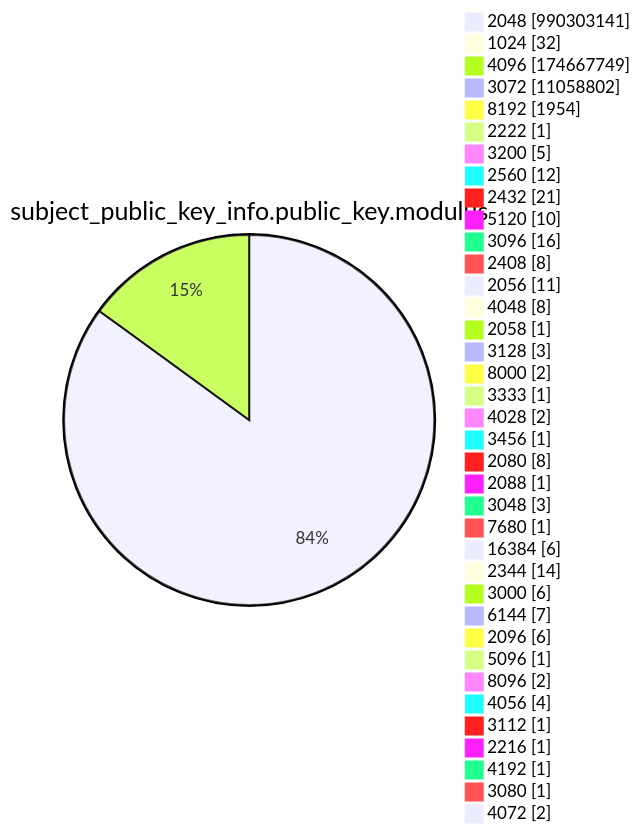
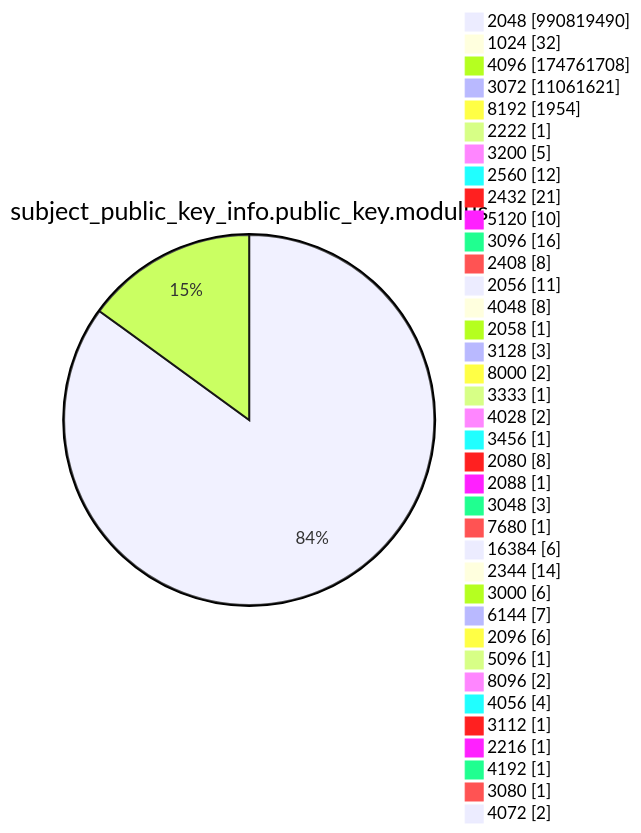
Diagram 13 of 15 in argon2022/README.md (christiankrug/ctmonitor_visualization), drawn with Mermaid before and after one commit. The commit also changed other lines of this file, not shown here.

````diff
--- a/argon2022/README.md
+++ b/argon2022/README.md
@@ -3587,41 +3587,41 @@
 ```mermaid
 pie showData
 title subject_public_key_info.public_key.modulus
-"2048" :990303141
+"2048" :990819490
 "1024" :32
-"4096" :174667749
-"3072" :11058802
+"4096" :174761708
+"3072" :11061621
 "8192" :1954
 "2222" :1
 "3200" :5
 "2560" :12
 "2432" :21
 "5120" :10
 "3096" :16
 "2408" :8
 "2056" :11
 "4048" :8
 "2058" :1
 "3128" :3
 "8000" :2
 "3333" :1
 "4028" :2
 "3456" :1
 "2080" :8
 "2088" :1
 "3048" :3
 "7680" :1
 "16384" :6
 "2344" :14
 "3000" :6
 "6144" :7
 "2096" :6
 "5096" :1
 "8096" :2
 "4056" :4
 "3112" :1
 "2216" :1
 "4192" :1
 "3080" :1
 "4072" :2
 ```
````
